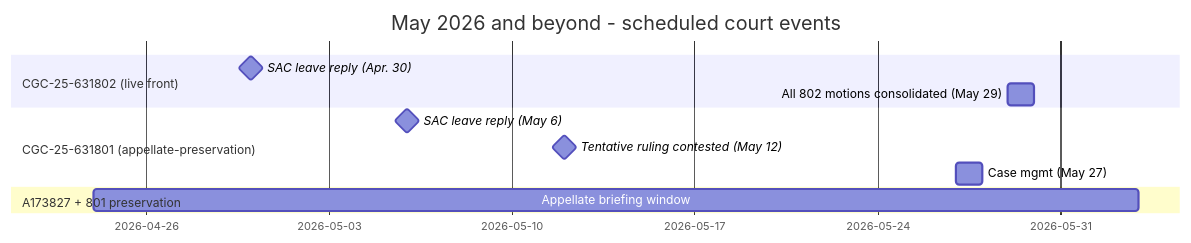
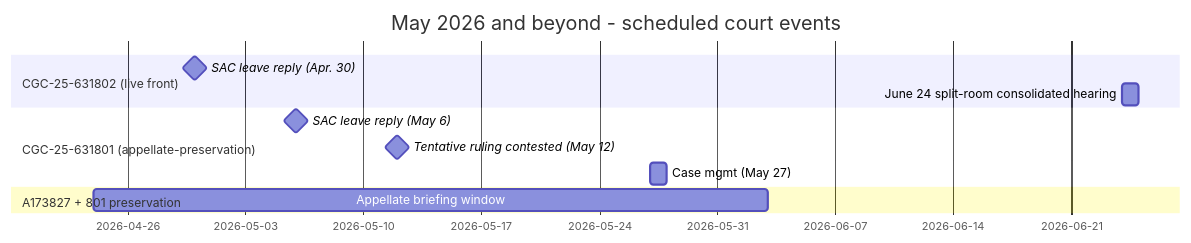
One commit to Municipal-Public-Trust-in-A-i/CSAA-ABDELHALIM-WONG-PSA-CSK changed the first of 3 diagrams in README.md. Above: the diagram before and after it, drawn with Mermaid. The commit also changed other lines of this file and 246 other files, not shown here.

First line of the commit message:
Update hearing dates and add post-May-12 filing stack for CGC-25-631801

````diff
--- a/README.md
+++ b/README.md
@@ -286,14 +293,14 @@
 ```mermaid
 gantt
     title May 2026 and beyond - scheduled court events
     dateFormat YYYY-MM-DD
     section CGC-25-631802 (live front)
     SAC leave reply (Apr. 30)        :milestone, m802a, 2026-04-30, 0d
-    All 802 motions consolidated (May 29)   :m802b, 2026-05-29, 1d
+    June 24 split-room consolidated hearing   :m802b, 2026-06-24, 1d
     section CGC-25-631801 (appellate-preservation)
     SAC leave reply (May 6)          :milestone, m801a, 2026-05-06, 0d
     Tentative ruling contested (May 12) :milestone, m801x, 2026-05-12, 0d
     Case mgmt (May 27)               :m801b, 2026-05-27, 1d
     section A173827 + 801 preservation
     Appellate briefing window        :a173, 2026-04-24, 40d
 ```
````
